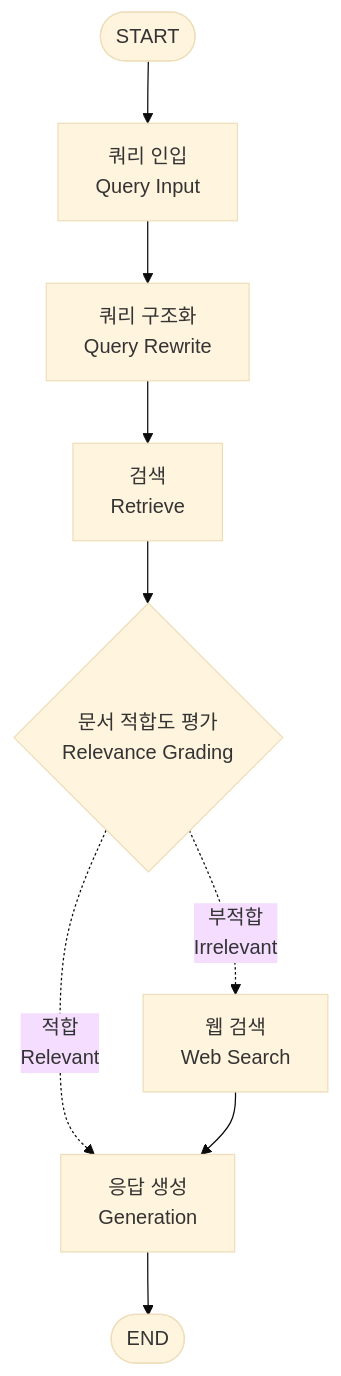
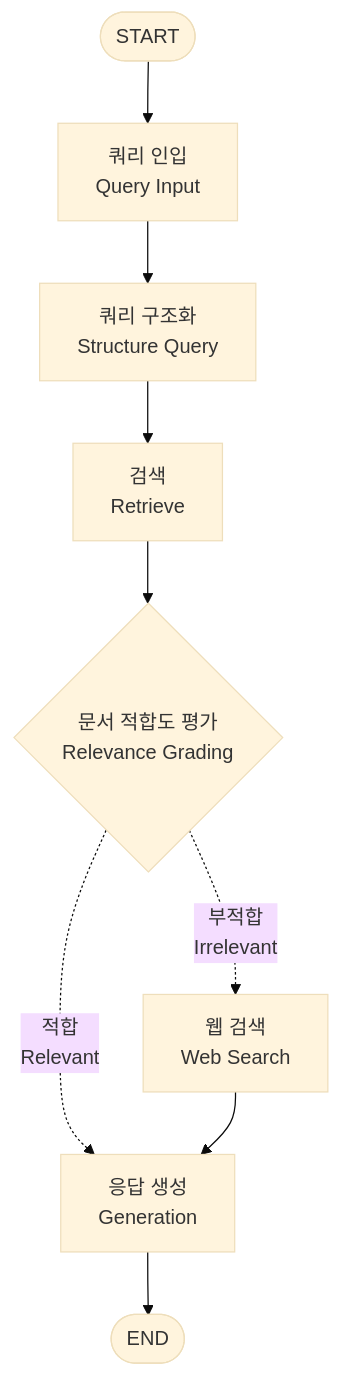
Before and after one commit to yainage90/restaurant-search-llm-agent: the diagram in README.md, drawn with Mermaid (base theme). The commit also changed other lines of this file and 5 other files, not shown here.

Commit message:
query_rewrite -> structure_query 네이밍 변경. LLM 검색 필요성 판단 로직의 suggested_query와 혼동 가능성

````diff
--- a/README.md
+++ b/README.md
@@ -80,19 +80,19 @@
 ```mermaid
 flowchart TD
     A([START]) --> B[쿼리 인입
     Query Input];
     B --> C[쿼리 구조화
-    Query Rewrite];
+    Structure Query];
     C --> D[검색
     Retrieve];
     D --> F{문서 적합도 평가
     Relevance Grading};
     F -. "적합
     Relevant" .-> G[응답 생성
     Generation];
     F -. "부적합
     Irrelevant" .-> H[웹 검색
     Web Search];
     H --> G;
     G --> I([END]);
 ```
````
